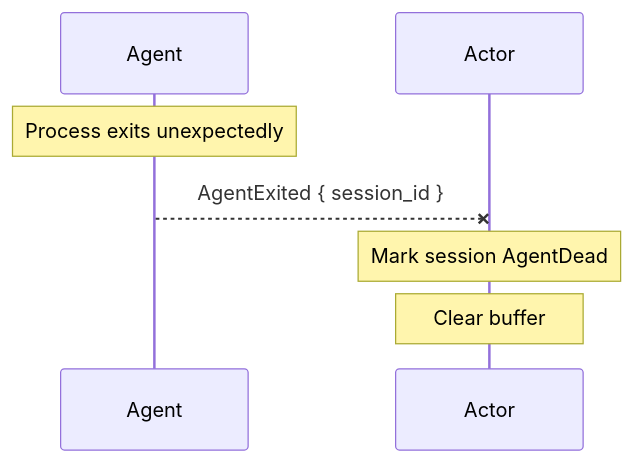
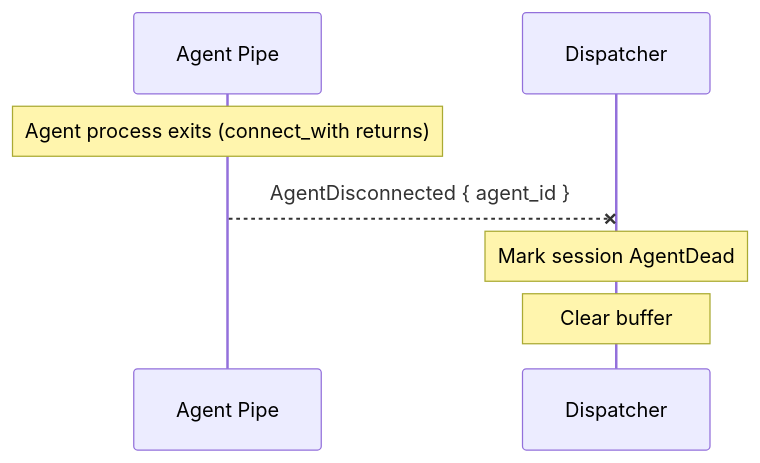
Before and after one commit to sparkle-ai-space/jamsession: the diagram in md/design/flow-agent-crash.md, drawn with Mermaid. The commit also changed other lines of this file and 9 other files, not shown here.

````diff
--- a/md/design/flow-agent-crash.md
+++ b/md/design/flow-agent-crash.md
@@ -5,10 +5,10 @@
 ```mermaid
 sequenceDiagram
-    participant Ag as Agent
-    participant A as Actor
+    participant AP as Agent Pipe
+    participant D as Dispatcher
 
-    Note over Ag: Process exits unexpectedly
-    Ag--xA: AgentExited { session_id }
-    Note over A: Mark session AgentDead
-    Note over A: Clear buffer
+    Note over AP: Agent process exits (connect_with returns)
+    AP--xD: AgentDisconnected { agent_id }
+    Note over D: Mark session AgentDead
+    Note over D: Clear buffer
 ```
````
